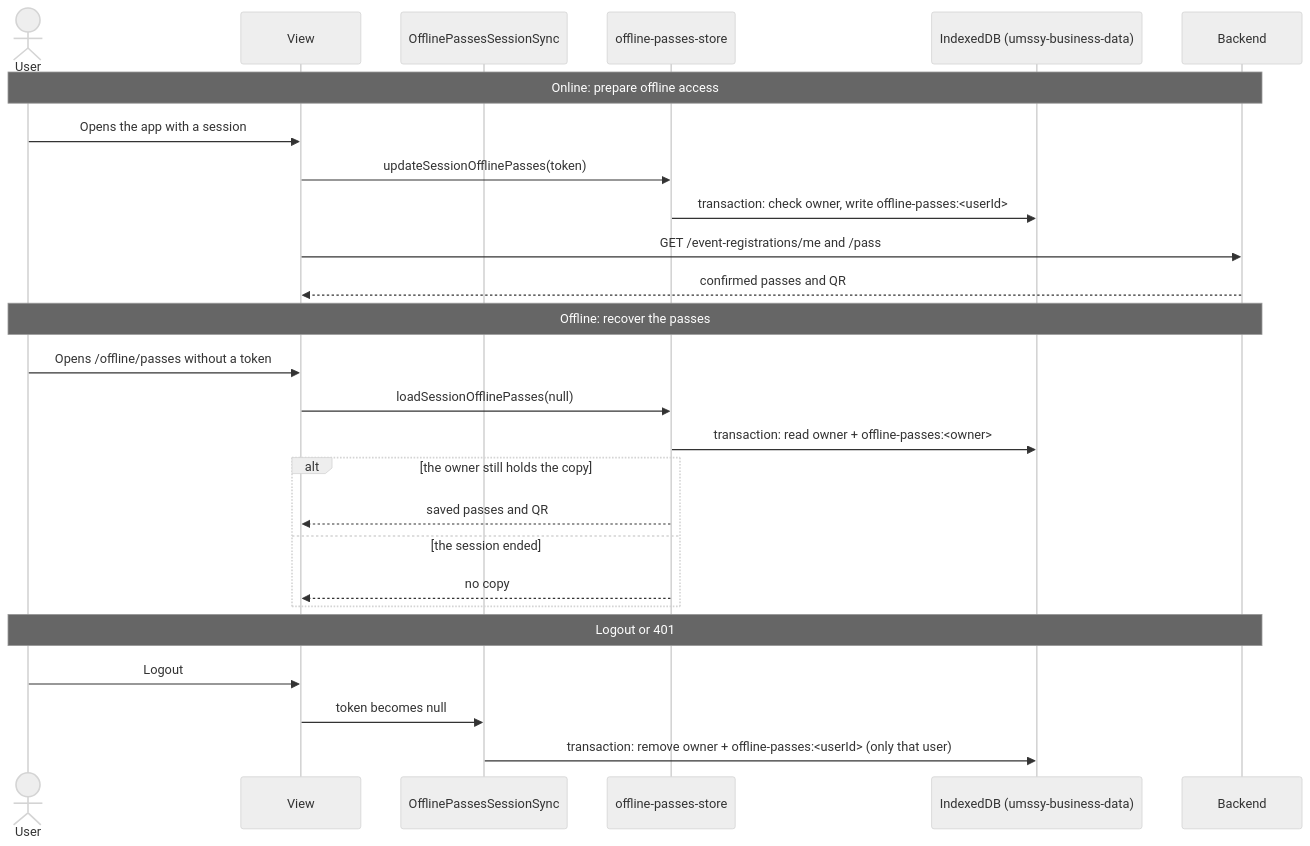
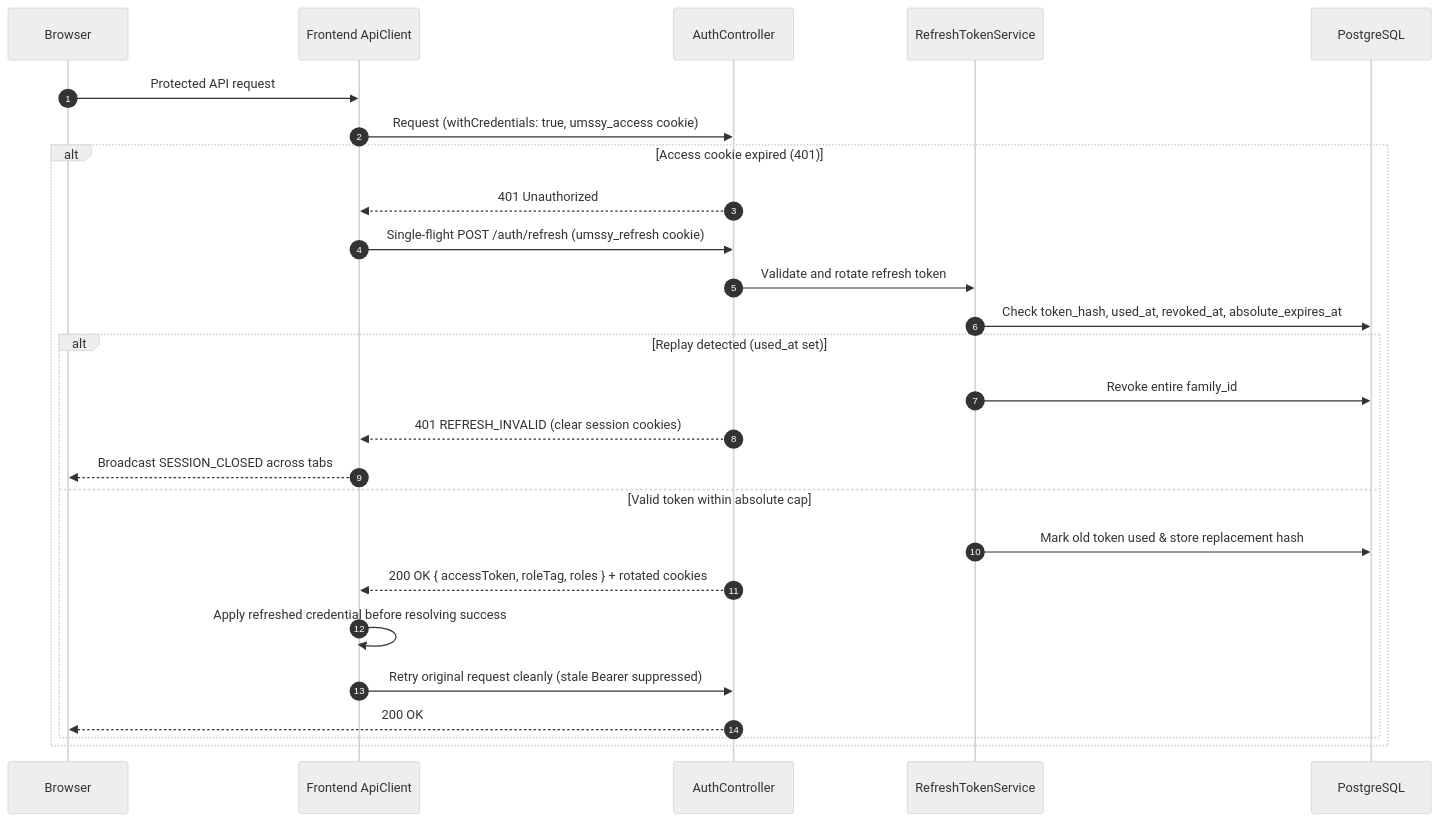
Before and after one commit to NicolasMG-dev/Epic-4---IS: the diagram in docs/auth/README.md, drawn with Mermaid (neutral theme). The commit also changed other lines of this file and 940 other files, not shown here.

````diff
--- a/docs/auth/README.md
+++ b/docs/auth/README.md
@@ -59,31 +27,29 @@
 ```mermaid
 sequenceDiagram
-  actor U as User
-  participant V as View
-  participant S as OfflinePassesSessionSync
-  participant P as offline-passes-store
-  participant DB as IndexedDB (umssy-business-data)
-  participant API as Backend
+  autonumber
+  participant Browser
+  participant ApiClient as Frontend ApiClient
+  participant AuthCtrl as AuthController
+  participant RefreshSvc as RefreshTokenService
+  participant DB as PostgreSQL
 
-  Note over U,API: Online: prepare offline access
-  U->>V: Opens the app with a session
-  V->>P: updateSessionOfflinePasses(token)
-  P->>DB: transaction: check owner, write offline-passes:<userId>
-  V->>API: GET /event-registrations/me and /pass
-  API-->>V: confirmed passes and QR
-
-  Note over U,API: Offline: recover the passes
-  U->>V: Opens /offline/passes without a token
-  V->>P: loadSessionOfflinePasses(null)
-  P->>DB: transaction: read owner + offline-passes:<owner>
-  alt the owner still holds the copy
-    P-->>V: saved passes and QR
-  else the session ended
-    P-->>V: no copy
+  Browser->>ApiClient: Protected API request
+  ApiClient->>AuthCtrl: Request (withCredentials: true, umssy_access cookie)
+  alt Access cookie expired (401)
+    AuthCtrl-->>ApiClient: 401 Unauthorized
+    ApiClient->>AuthCtrl: Single-flight POST /auth/refresh (umssy_refresh cookie)
+    AuthCtrl->>RefreshSvc: Validate and rotate refresh token
+    RefreshSvc->>DB: Check token_hash, used_at, revoked_at, absolute_expires_at
+    alt Replay detected (used_at set)
+      RefreshSvc->>DB: Revoke entire family_id
+      AuthCtrl-->>ApiClient: 401 REFRESH_INVALID (clear session cookies)
+      ApiClient-->>Browser: Broadcast SESSION_CLOSED across tabs
+    else Valid token within absolute cap
+      RefreshSvc->>DB: Mark old token used & store replacement hash
+      AuthCtrl-->>ApiClient: 200 OK { accessToken, roleTag, roles } + rotated cookies
+      ApiClient->>ApiClient: Apply refreshed credential before resolving success
+      ApiClient->>AuthCtrl: Retry original request cleanly (stale Bearer suppressed)
+      AuthCtrl-->>Browser: 200 OK
+    end
   end
-
-  Note over U,API: Logout or 401
-  U->>V: Logout
-  V->>S: token becomes null
-  S->>DB: transaction: remove owner + offline-passes:<userId> (only that user)
 ```
````
